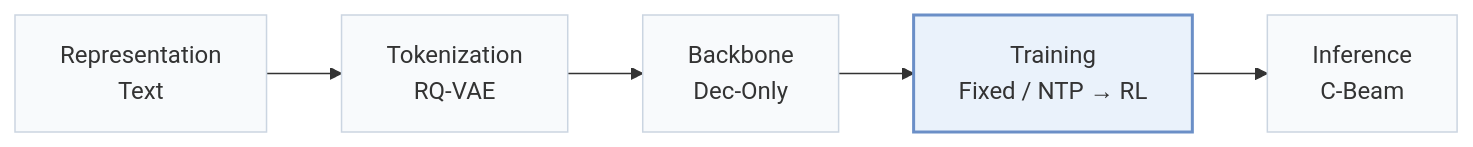
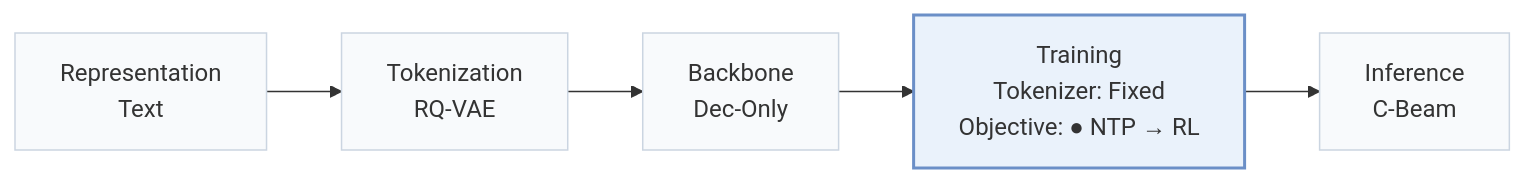
The first of 2 diagrams in pages/papers/daso.md (Galaxy-ghost/Awesome-SID-Generative-Rec), drawn with Mermaid before and after one commit. The commit also changed other lines of this file and 558 other files, not shown here.

````diff
--- a/pages/papers/daso.md
+++ b/pages/papers/daso.md
@@ -15,8 +18,8 @@
 ```mermaid
 flowchart LR
-    R["Representation<br/>Text"] --> T["Tokenization<br/>RQ-VAE"] --> B["Backbone<br/>Dec-Only"] --> TR["Training<br/>Fixed / NTP → RL"] --> I["Inference<br/>C-Beam"]
+    R["Representation<br/>Text"] --> T["Tokenization<br/>RQ-VAE"] --> B["Backbone<br/>Dec-Only"] --> TR["Training<br/>Tokenizer: Fixed<br/>Objective: ● NTP → RL"] --> I["Inference<br/>C-Beam"]
     classDef base fill:#f8fafc,stroke:#cbd5e1
     class R,T,B,TR,I base
     classDef main fill:#eaf2fb,stroke:#6b8fc7,stroke-width:2px
     class TR main
 ```
````
